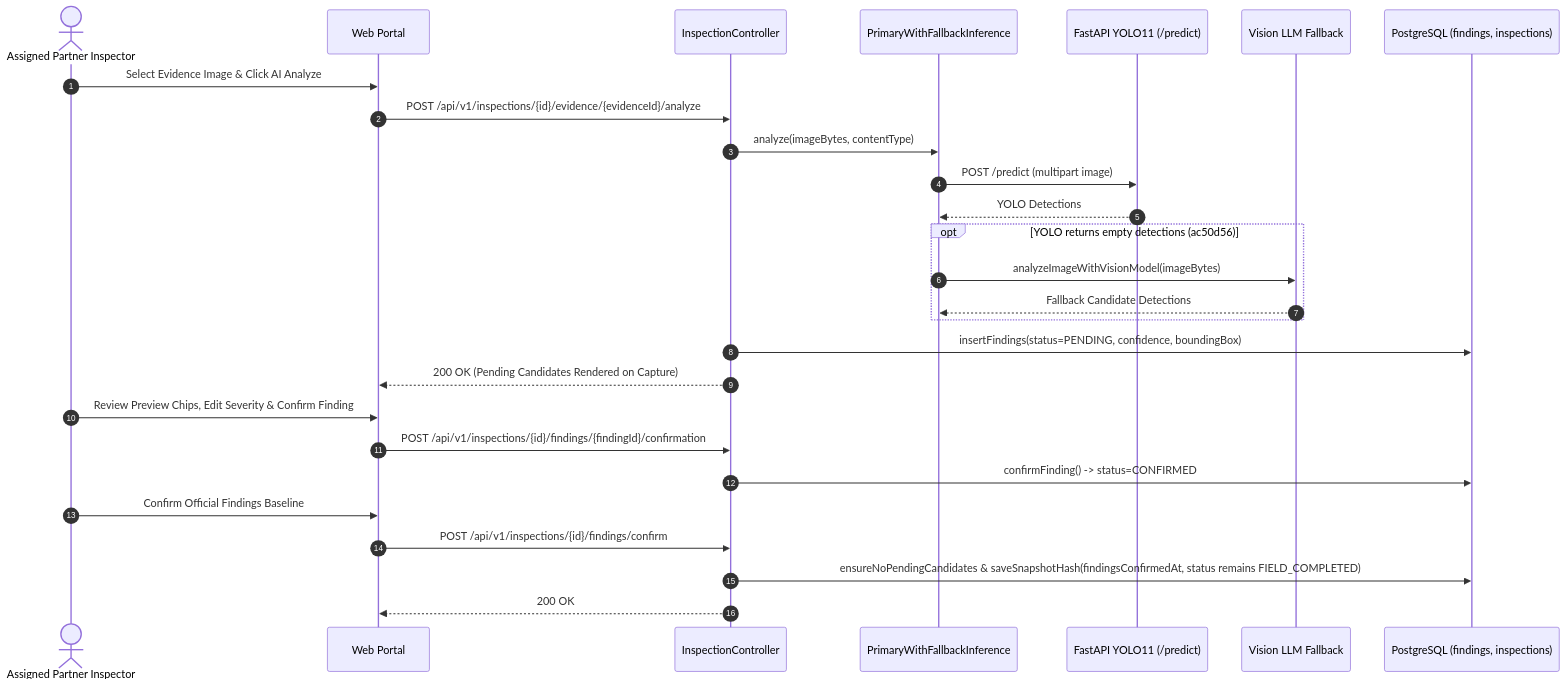
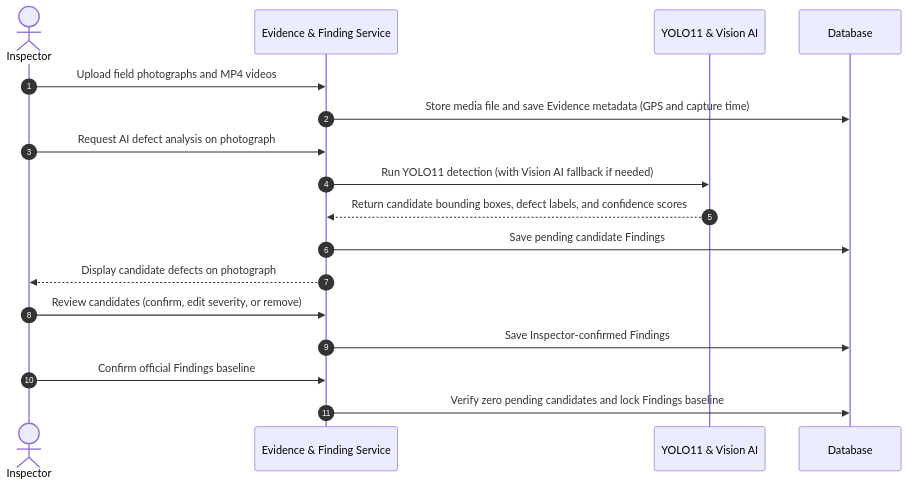
One commit to tungbach12/SmartDroneInspection-Docs changed diagram 15 of 23 in reports/report-4-software-design-document/03-detailed-design.md. Above: the diagram before and after it, drawn with Mermaid. The commit also changed other lines of this file and 206 other files, not shown here.

First line of the commit message:
docs(reports): synchronize Report 1-5 changes, update diagrams, and clean exports

````diff
--- a/reports/report-4-software-design-document/03-detailed-design.md
+++ b/reports/report-4-software-design-document/03-detailed-design.md
@@ -703,33 +660,24 @@
 ```mermaid
-%% title: YOLO11 Defect Detection, Vision Fallback and Finding Confirmation Sequence Diagram
+%% title: FE-06 Defect Detection and Finding Confirmation Sequence Diagram
 sequenceDiagram
   autonumber
-  actor Inspector as Assigned Partner Inspector
-  participant Client as Web Portal
-  participant InspCtrl as InspectionController
-  participant Infer as PrimaryWithFallbackInference
-  participant YoloSvc as FastAPI YOLO11 (/predict)
-  participant VisionLLM as Vision LLM Fallback
-  participant DB as PostgreSQL (findings, inspections)
+  actor Insp as Inspector
+  participant Svc as Evidence & Finding Service
+  participant AI as YOLO11 & Vision AI
+  participant DB as Database
 
-  Inspector->>Client: Select Evidence Image & Click AI Analyze
-  Client->>InspCtrl: POST /api/v1/inspections/{id}/evidence/{evidenceId}/analyze
-  InspCtrl->>Infer: analyze(imageBytes, contentType)
-  Infer->>YoloSvc: POST /predict (multipart image)
-  YoloSvc-->>Infer: YOLO Detections
-  opt YOLO returns empty detections (ac50d56)
-    Infer->>VisionLLM: analyzeImageWithVisionModel(imageBytes)
-    VisionLLM-->>Infer: Fallback Candidate Detections
-  end
-  InspCtrl->>DB: insertFindings(status=PENDING, confidence, boundingBox)
-  InspCtrl-->>Client: 200 OK (Pending Candidates Rendered on Capture)
+  Insp->>Svc: Upload field photographs and MP4 videos
+  Svc->>DB: Store media file and save Evidence metadata (GPS and capture time)
 
-  Inspector->>Client: Review Preview Chips, Edit Severity & Confirm Finding
-  Client->>InspCtrl: POST /api/v1/inspections/{id}/findings/{findingId}/confirmation
-  InspCtrl->>DB: confirmFinding() -> status=CONFIRMED
+  Insp->>Svc: Request AI defect analysis on photograph
+  Svc->>AI: Run YOLO11 detection (with Vision AI fallback if needed)
+  AI-->>Svc: Return candidate bounding boxes, defect labels, and confidence scores
+  Svc->>DB: Save pending candidate Findings
+  Svc-->>Insp: Display candidate defects on photograph
 
-  Inspector->>Client: Confirm Official Findings Baseline
-  Client->>InspCtrl: POST /api/v1/inspections/{id}/findings/confirm
-  InspCtrl->>DB: ensureNoPendingCandidates & saveSnapshotHash(findingsConfirmedAt, status remains FIELD_COMPLETED)
-  InspCtrl-->>Client: 200 OK
+  Insp->>Svc: Review candidates (confirm, edit severity, or remove)
+  Svc->>DB: Save Inspector-confirmed Findings
+
+  Insp->>Svc: Confirm official Findings baseline
+  Svc->>DB: Verify zero pending candidates and lock Findings baseline
 ```
````
